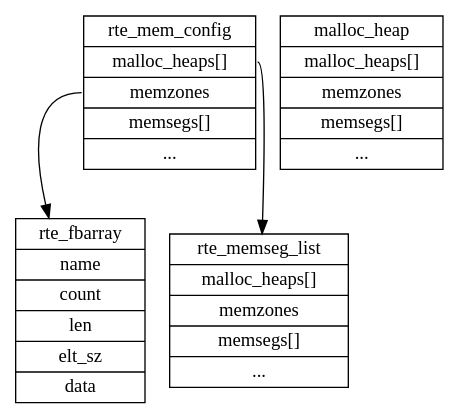
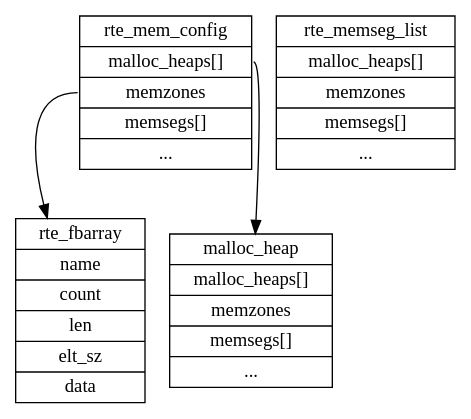
One commit to sisyphus1212/note changed the diagram in dpdk/内存管理.md. Above: the diagram before and after it, drawn with Graphviz.

Commit message:
auto_update

````diff
--- a/dpdk/内存管理.md
+++ b/dpdk/内存管理.md
@@ -16,47 +16,47 @@
 ```graphviz
 digraph {
 	rte_mem_config[
 		label = "{
 		<f0>rte_mem_config|
         <f1>malloc_heaps[]|
 		<f2>memzones|
 		<f3>memsegs[]|
 		<f4>...
 		}",
 		shape = "record"
 	];
 	rte_fbarray[
 		label = "{
 		rte_fbarray|
         name|
 		count|
 		len|
 		elt_sz|
 		data
 		}",
 		shape = "record"
 	];
 	rte_memseg_list[
 		label = "{
 		<f0>rte_memseg_list|
 		<f1>malloc_heaps[]|
 		<f2>memzones|
 		<f3>memsegs[]|
 		<f4>...
 		}",
 		shape = "record"
 	];
 	malloc_heap[
 		label = "{
 		malloc_heap|
         malloc_heaps[]|
 		memzones|
 		memsegs[]|
 		...
 		}",
 		shape = "record"
 	];
-	rte_mem_config:f1 -> rte_memseg_list
+	rte_mem_config:f1 -> malloc_heap
 	rte_mem_config:f2 -> rte_fbarray
 }
 ```
````
